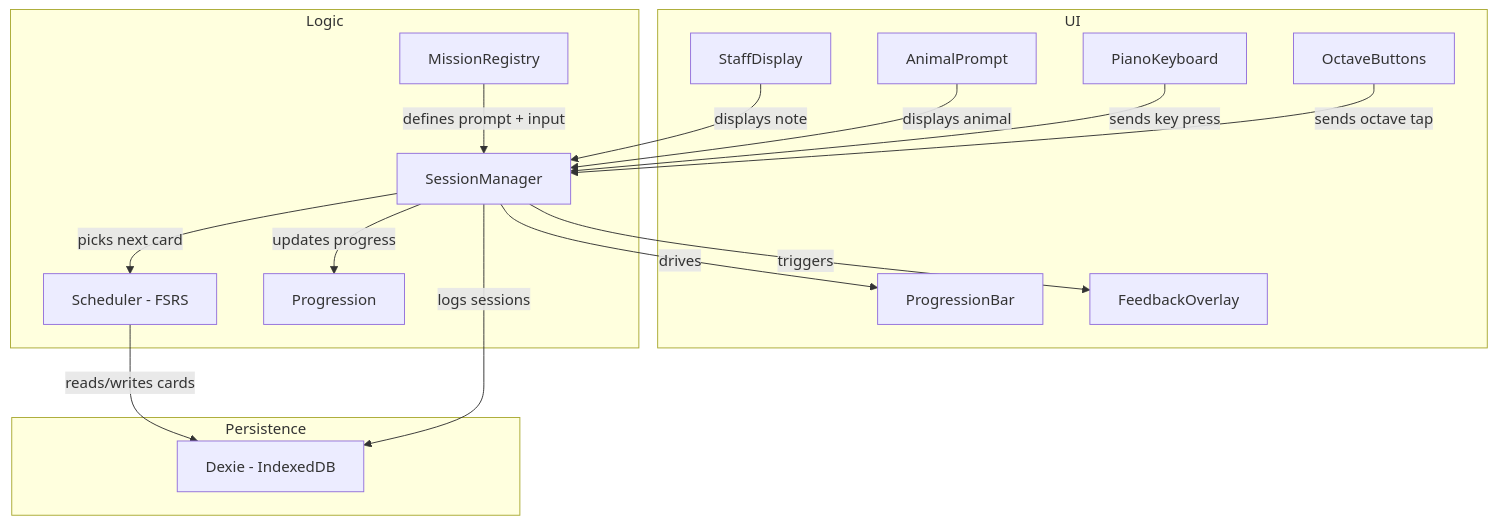
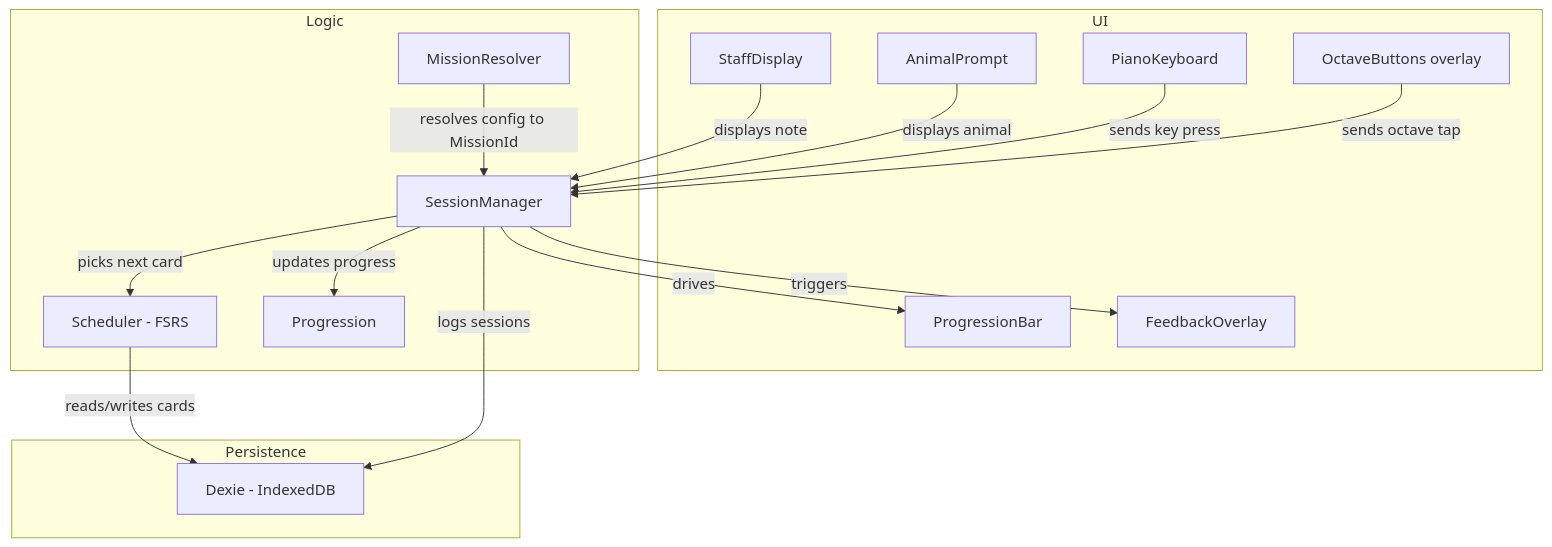
One commit to dpkay/vibeyond changed the first of 2 diagrams in docs/TDD.md. Above: the diagram before and after it, drawn with Mermaid. The commit also changed other lines of this file and 8 other files, not shown here.

First line of the commit message:
Add mission system infrastructure: routing, DB schema, multi-clef support

````diff
--- a/docs/TDD.md
+++ b/docs/TDD.md
@@ -20,34 +22,34 @@
 ```mermaid
 graph TD
     subgraph UI
         A[StaffDisplay]
         A2[AnimalPrompt]
         B[PianoKeyboard]
-        B2[OctaveButtons]
+        B2[OctaveButtons overlay]
         C[ProgressionBar]
         D[FeedbackOverlay]
     end
 
     subgraph Logic
         E[SessionManager]
         F[Scheduler - FSRS]
         G[Progression]
-        M[MissionRegistry]
+        M[MissionResolver]
     end
 
     subgraph Persistence
         H[Dexie - IndexedDB]
     end
 
-    M -- defines prompt + input --> E
+    M -- resolves config to MissionId --> E
     E -- picks next card --> F
     E -- updates progress --> G
     F -- reads/writes cards --> H
     E -- logs sessions --> H
     A -- displays note --> E
     A2 -- displays animal --> E
     B -- sends key press --> E
     B2 -- sends octave tap --> E
     E -- drives --> C
     E -- triggers --> D
 ```
````
